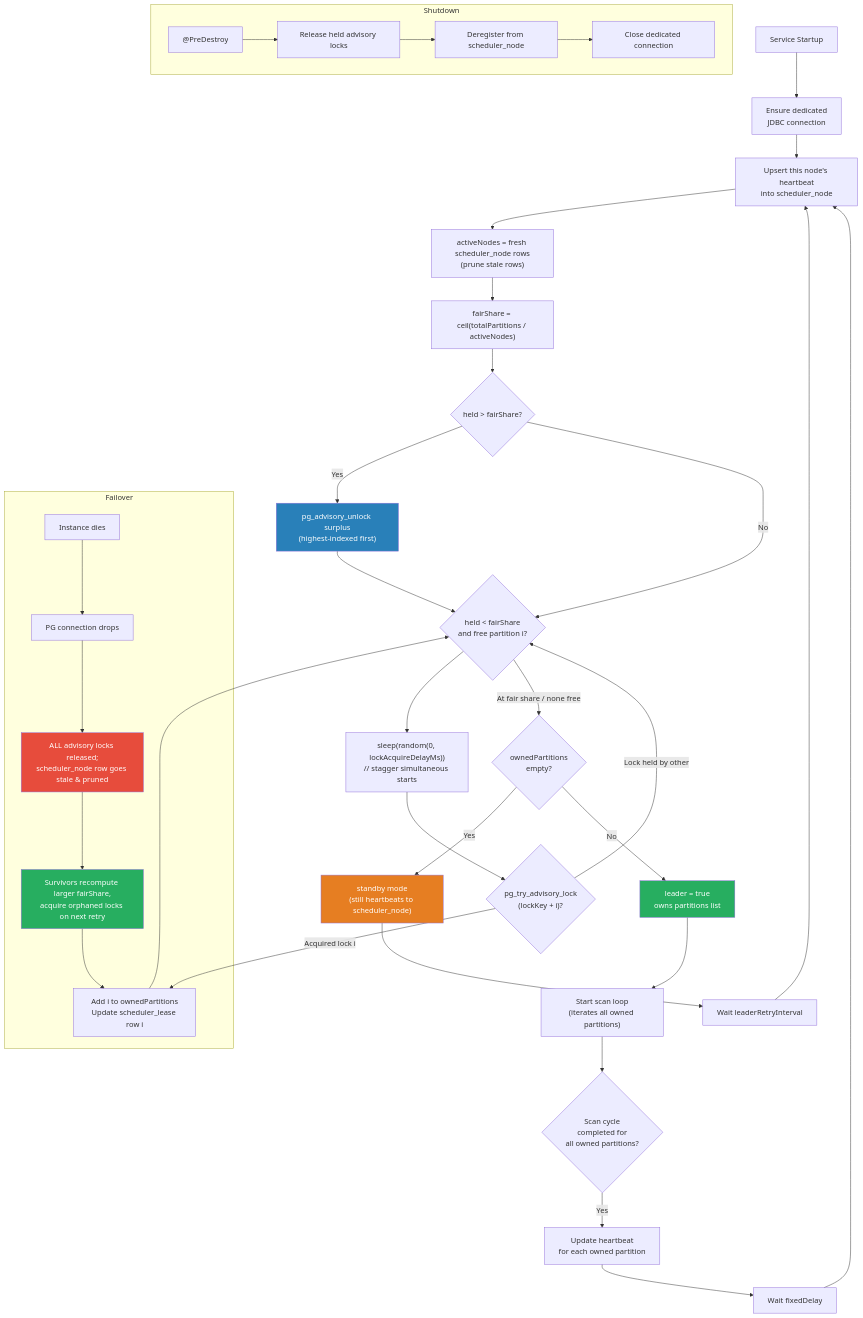
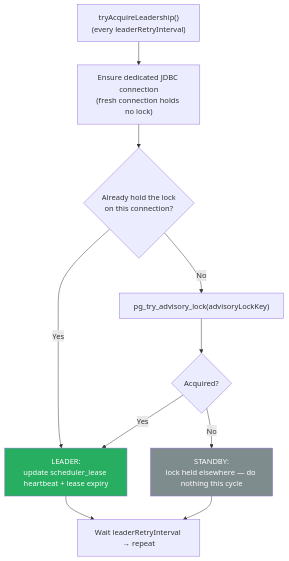
The second of 5 diagrams in docs/flow-diagrams.md (Jayaprakash8887/cce-scheduler-service), drawn with Mermaid before and after one commit. The commit also changed other lines of this file and 31 other files, not shown here.

````diff
--- a/docs/flow-diagrams.md
+++ b/docs/flow-diagrams.md
@@ -58,48 +53,16 @@
 ```mermaid
 flowchart TD
-    A["Service Startup"] --> B["Ensure dedicated<br/>JDBC connection"]
-    B --> HB["Upsert this node's heartbeat<br/>into scheduler_node"]
-    HB --> AC["activeNodes = fresh scheduler_node rows<br/>(prune stale rows)"]
-    AC --> FS["fairShare = ceil(totalPartitions / activeNodes)"]
-    FS --> REL{"held > fairShare?"}
-    REL -->|"Yes"| RELX["pg_advisory_unlock surplus<br/>(highest-indexed first)"]
-    RELX --> D
-    REL -->|"No"| D{"held < fairShare<br/>and free partition i?"}
-    D --> D1["sleep(random(0, lockAcquireDelayMs))<br/>// stagger simultaneous starts"]
-    D1 --> D2{"pg_try_advisory_lock<br/>(lockKey + i)?"}
-    D2 -->|"Acquired lock i"| E["Add i to ownedPartitions<br/>Update scheduler_lease row i"]
-    E --> D
-    D2 -->|"Lock held by other"| D
-    D -->|"At fair share / none free"| F{"ownedPartitions<br/>empty?"}
-    F -->|"Yes"| G["standby mode<br/>(still heartbeats to scheduler_node)"]
-    F -->|"No"| H["leader = true<br/>owns partitions list"]
+    A["tryAcquireLeadership()<br/>(every leaderRetryInterval)"] --> B["Ensure dedicated JDBC connection<br/>(fresh connection holds no lock)"]
+    B --> C{"Already hold the lock<br/>on this connection?"}
+    C -->|"Yes"| LEAD
+    C -->|"No"| D["pg_try_advisory_lock(advisoryLockKey)"]
+    D --> E{"Acquired?"}
+    E -->|"Yes"| LEAD["LEADER:<br/>update scheduler_lease heartbeat + lease expiry"]
+    E -->|"No"| STBY["STANDBY:<br/>lock held elsewhere — do nothing this cycle"]
 
-    H --> I["Start scan loop<br/>(iterates all owned partitions)"]
+    LEAD --> W["Wait leaderRetryInterval → repeat"]
+    STBY --> W
 
-    G --> J["Wait leaderRetryInterval"]
-    J --> HB
-
-    I --> K{"Scan cycle<br/>completed for<br/>all owned partitions?"}
-    K -->|"Yes"| L["Update heartbeat<br/>for each owned partition"]
-    L --> M["Wait fixedDelay"]
-    M --> HB
-
-    subgraph Shutdown
-        N["@PreDestroy"] --> O["Release held advisory locks"]
-        O --> O2["Deregister from scheduler_node"]
-        O2 --> P["Close dedicated connection"]
-    end
-
-    subgraph Failover
-        Q["Instance dies"] --> R["PG connection drops"]
-        R --> S["ALL advisory locks released;<br/>scheduler_node row goes stale & pruned"]
-        S --> T["Survivors recompute larger fairShare,<br/>acquire orphaned locks on next retry"]
-        T --> E
-    end
-
-    style H fill:#27AE60,color:white
-    style G fill:#E67E22,color:white
-    style RELX fill:#2980B9,color:white
-    style S fill:#E74C3C,color:white
-    style T fill:#27AE60,color:white
+    style LEAD fill:#27AE60,color:white
+    style STBY fill:#7F8C8D,color:white
 ```
````
